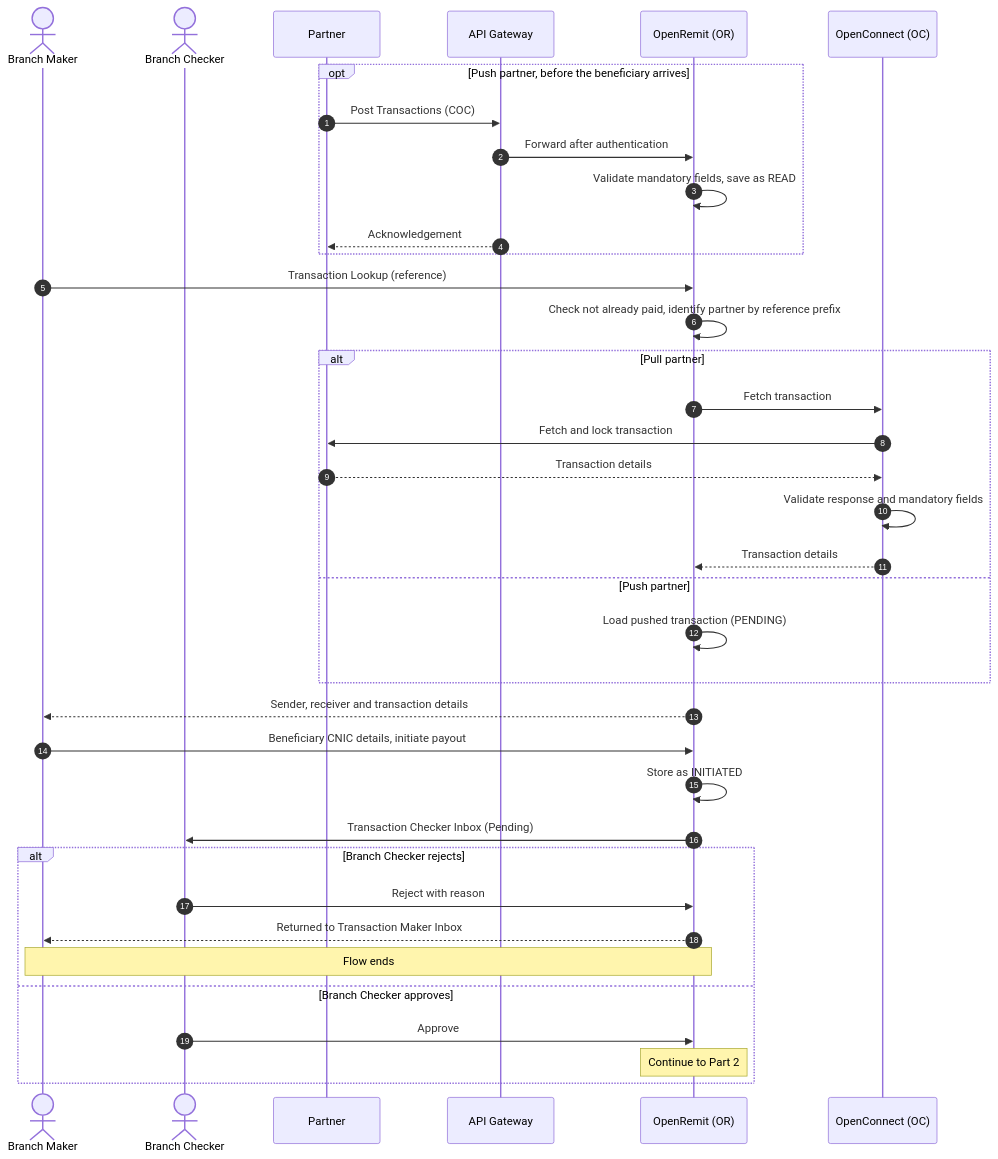
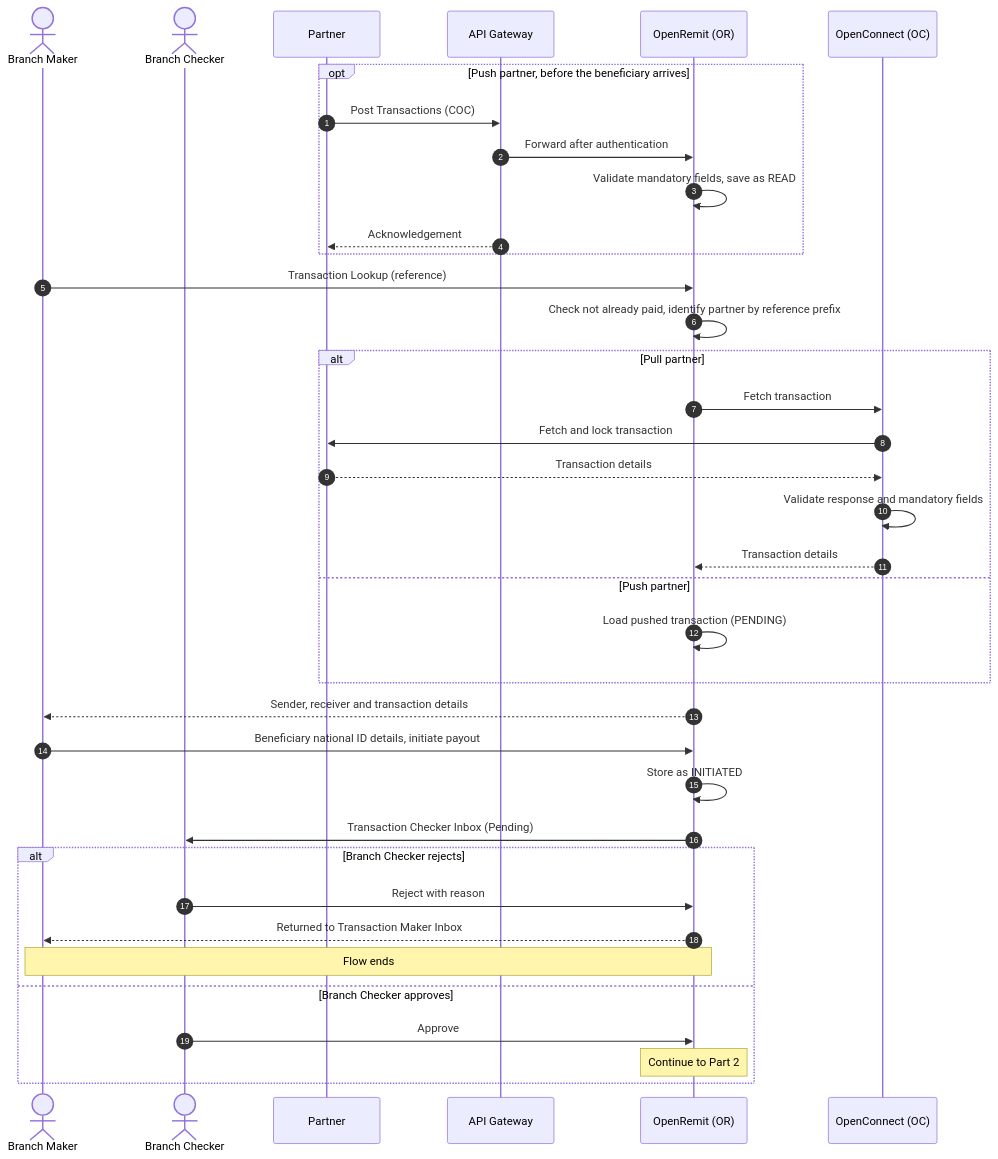
The first of 2 diagrams in docs/features/financial/coc-otc-cash-payout.md (paysyslab/OpenRemit), drawn with Mermaid before and after one commit. The commit also changed other lines of this file and 38 other files, not shown here.

````diff
--- a/docs/features/financial/coc-otc-cash-payout.md
+++ b/docs/features/financial/coc-otc-cash-payout.md
@@ -91,42 +91,42 @@
 ```mermaid
 sequenceDiagram
     autonumber
     actor BM as Branch Maker
     actor BC as Branch Checker
     participant P as Partner
     participant GW as API Gateway
     participant OR as OpenRemit (OR)
     participant OC as OpenConnect (OC)
 
     opt Push partner, before the beneficiary arrives
         P->>GW: Post Transactions (COC)
         GW->>OR: Forward after authentication
         OR->>OR: Validate mandatory fields, save as READ
         GW-->>P: Acknowledgement
     end
 
     BM->>OR: Transaction Lookup (reference)
     OR->>OR: Check not already paid, identify partner by reference prefix
     alt Pull partner
         OR->>OC: Fetch transaction
         OC->>P: Fetch and lock transaction
         P-->>OC: Transaction details
         OC->>OC: Validate response and mandatory fields
         OC-->>OR: Transaction details
     else Push partner
         OR->>OR: Load pushed transaction (PENDING)
     end
     OR-->>BM: Sender, receiver and transaction details
 
-    BM->>OR: Beneficiary CNIC details, initiate payout
+    BM->>OR: Beneficiary national ID details, initiate payout
     OR->>OR: Store as INITIATED
     OR->>BC: Transaction Checker Inbox (Pending)
     alt Branch Checker rejects
         BC->>OR: Reject with reason
         OR-->>BM: Returned to Transaction Maker Inbox
         Note over BM,OR: Flow ends
     else Branch Checker approves
         BC->>OR: Approve
         Note over OR: Continue to Part 2
     end
 ```
````
